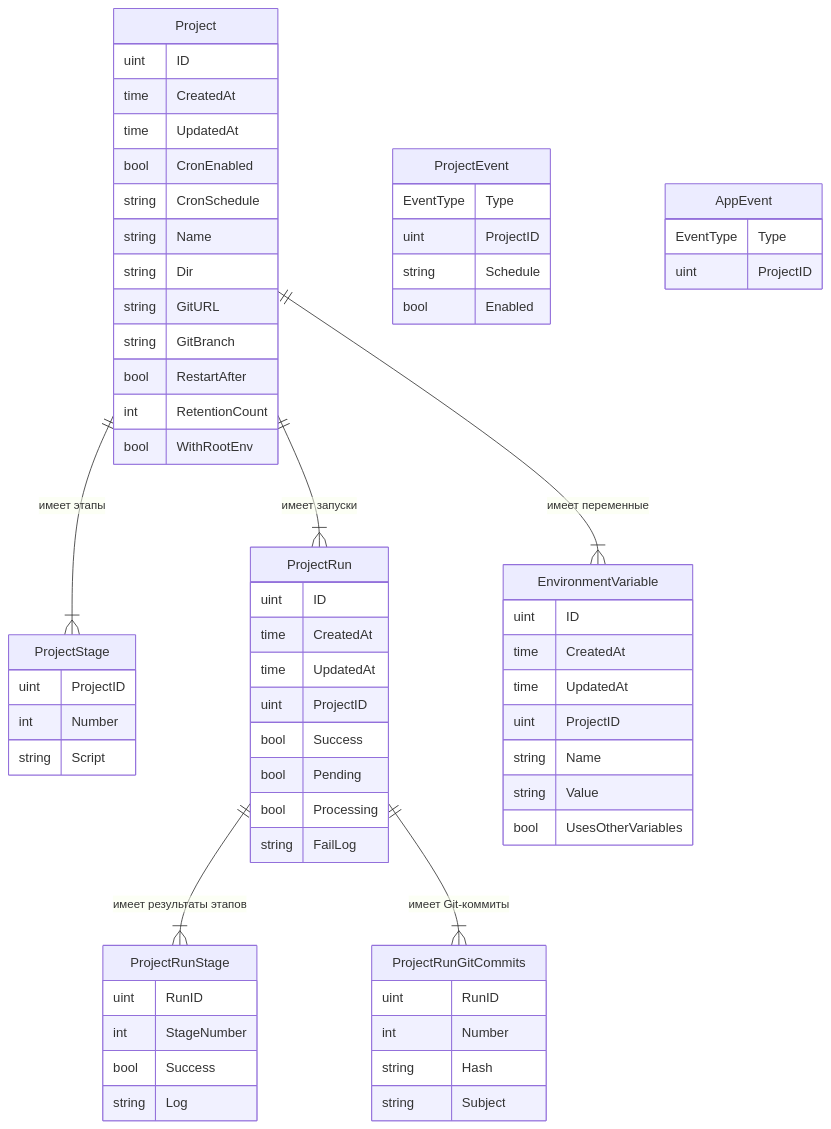
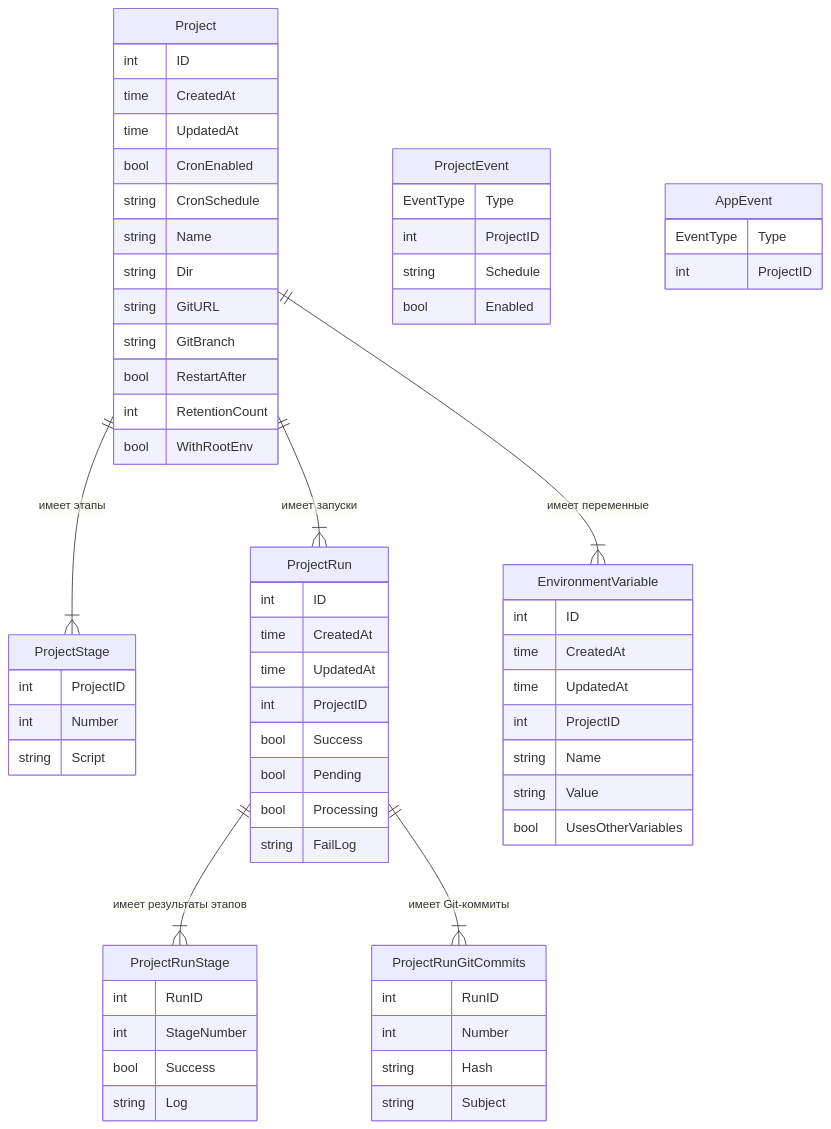
One commit to gbh007/easyjet changed the diagram in docs/business/entity.md. Above: the diagram before and after it, drawn with Mermaid. The commit also changed other lines of this file and 52 other files, not shown here.

````diff
--- a/docs/business/entity.md
+++ b/docs/business/entity.md
@@ -205,76 +205,76 @@
 ```mermaid
 erDiagram
     Project ||--|{ ProjectStage : "имеет этапы"
     Project ||--|{ ProjectRun : "имеет запуски"
     Project ||--|{ EnvironmentVariable : "имеет переменные"
     ProjectRun ||--|{ ProjectRunStage : "имеет результаты этапов"
     ProjectRun ||--|{ ProjectRunGitCommits : "имеет Git-коммиты"
 
     Project {
-        uint ID
+        int ID
         time CreatedAt
         time UpdatedAt
         bool CronEnabled
         string CronSchedule
         string Name
         string Dir
         string GitURL
         string GitBranch
         bool RestartAfter
         int RetentionCount
         bool WithRootEnv
     }
 
     ProjectStage {
-        uint ProjectID
+        int ProjectID
         int Number
         string Script
     }
 
     ProjectRun {
-        uint ID
+        int ID
         time CreatedAt
         time UpdatedAt
-        uint ProjectID
+        int ProjectID
         bool Success
         bool Pending
         bool Processing
         string FailLog
     }
 
     ProjectRunStage {
-        uint RunID
+        int RunID
         int StageNumber
         bool Success
         string Log
     }
 
     ProjectRunGitCommits {
-        uint RunID
+        int RunID
         int Number
         string Hash
         string Subject
     }
 
     EnvironmentVariable {
-        uint ID
+        int ID
         time CreatedAt
         time UpdatedAt
-        uint ProjectID
+        int ProjectID
         string Name
         string Value
         bool UsesOtherVariables
     }
 
     ProjectEvent {
         EventType Type
-        uint ProjectID
+        int ProjectID
         string Schedule
         bool Enabled
     }
 
     AppEvent {
         EventType Type
-        uint ProjectID
+        int ProjectID
     }
 ```
````
